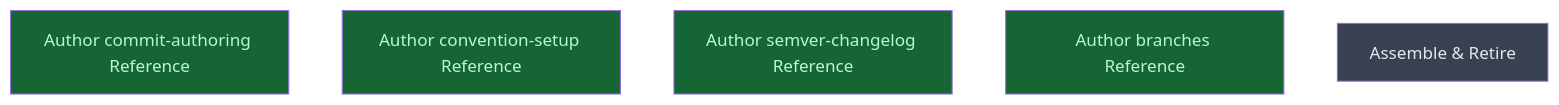
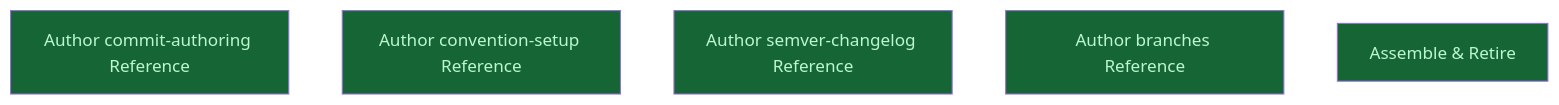
The diagram in __roadmap__/writing-history-skill/author/README.md (CrackingShells/cracking-shells-playbook), drawn with Mermaid before and after one commit. The commit also changed other lines of this file and 3 other files, not shown here.

````diff
--- a/__roadmap__/writing-history-skill/author/README.md
+++ b/__roadmap__/writing-history-skill/author/README.md
@@ -27,13 +27,13 @@
 ```mermaid
 graph TD
     commit_authoring[Author commit-authoring Reference]:::done
     convention_setup[Author convention-setup Reference]:::done
     semver_changelog[Author semver-changelog Reference]:::done
     branches[Author branches Reference]:::done
-    assemble[Assemble & Retire]:::planned
+    assemble[Assemble & Retire]:::done
     classDef done       fill:#166534,color:#bbf7d0
     classDef inprogress fill:#854d0e,color:#fef08a
     classDef planned    fill:#374151,color:#e5e7eb
     classDef amendment  fill:#1e3a5f,color:#bfdbfe
     classDef blocked    fill:#7f1d1d,color:#fecaca
 ```
````
